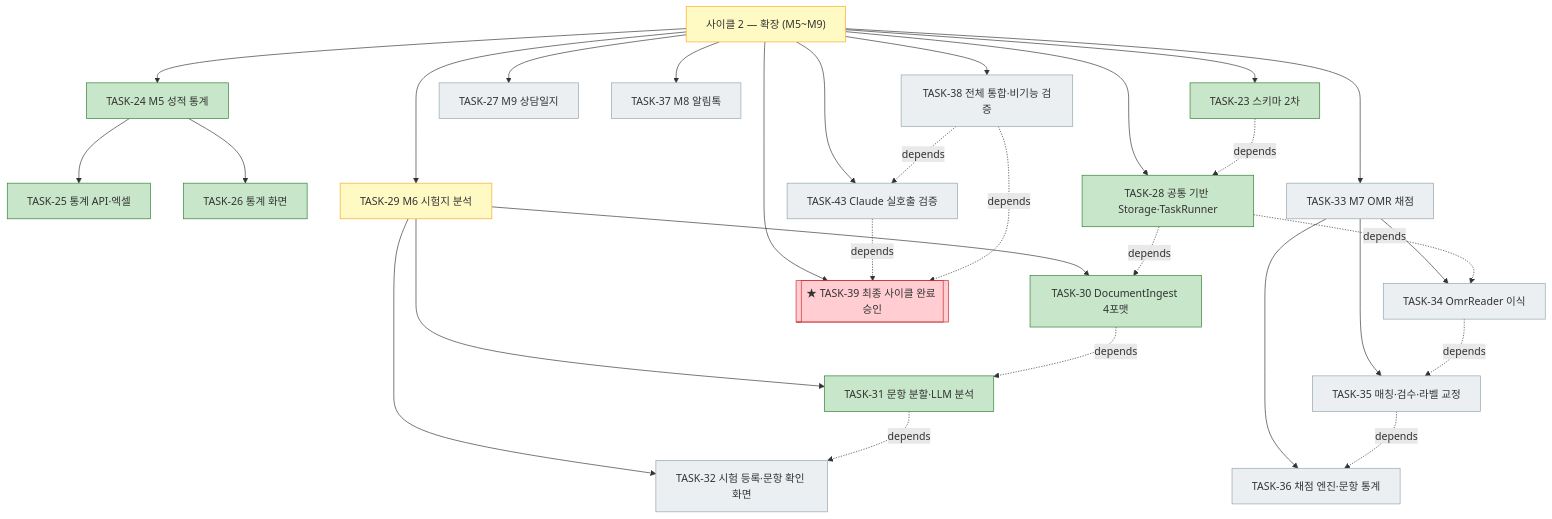
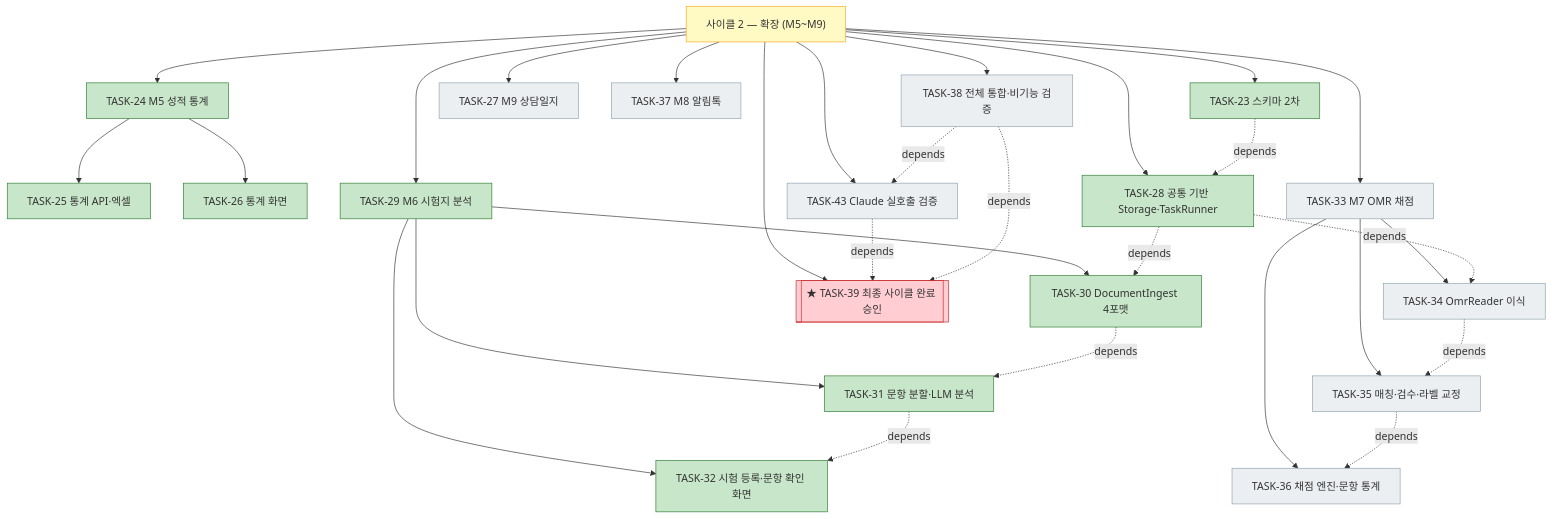
The third of 4 diagrams in docs/plan.md (bluesky5008/mathdesk), drawn with Mermaid before and after one commit. The commit also changed other lines of this file and 10 other files, not shown here.

````diff
--- a/docs/plan.md
+++ b/docs/plan.md
@@ -184,36 +184,36 @@
 ```mermaid
 flowchart TD
     C2["사이클 2 — 확장 (M5~M9)"]:::active
     C2 --> T23["TASK-23 스키마 2차"]:::done
     C2 --> T24["TASK-24 M5 성적 통계"]:::done
     T24 --> T25["TASK-25 통계 API·엑셀"]:::done
     T24 --> T26["TASK-26 통계 화면"]:::done
     C2 --> T27["TASK-27 M9 상담일지"]:::todo
     C2 --> T28["TASK-28 공통 기반 Storage·TaskRunner"]:::done
-    C2 --> T29["TASK-29 M6 시험지 분석"]:::active
+    C2 --> T29["TASK-29 M6 시험지 분석"]:::done
     T29 --> T30["TASK-30 DocumentIngest 4포맷"]:::done
     T29 --> T31["TASK-31 문항 분할·LLM 분석"]:::done
-    T29 --> T32["TASK-32 시험 등록·문항 확인 화면"]:::todo
+    T29 --> T32["TASK-32 시험 등록·문항 확인 화면"]:::done
     C2 --> T33["TASK-33 M7 OMR 채점"]:::todo
     T33 --> T34["TASK-34 OmrReader 이식"]:::todo
     T33 --> T35["TASK-35 매칭·검수·라벨 교정"]:::todo
     T33 --> T36["TASK-36 채점 엔진·문항 통계"]:::todo
     C2 --> T37["TASK-37 M8 알림톡"]:::todo
     C2 --> T38["TASK-38 전체 통합·비기능 검증"]:::todo
     C2 --> T43["TASK-43 Claude 실호출 검증"]:::todo
     C2 --> T39[["★ TASK-39 최종 사이클 완료 승인"]]:::gate
     T23 -. depends .-> T28
     T28 -. depends .-> T30
     T30 -. depends .-> T31
     T31 -. depends .-> T32
     T28 -. depends .-> T34
     T34 -. depends .-> T35
     T35 -. depends .-> T36
     T38 -. depends .-> T43
     T43 -. depends .-> T39
     T38 -. depends .-> T39
     classDef done fill:#c8e6c9,stroke:#2e7d32
     classDef active fill:#fff9c4,stroke:#f9a825
     classDef todo fill:#eceff1,stroke:#90a4ae
     classDef gate fill:#ffcdd2,stroke:#c62828
 ```
````
